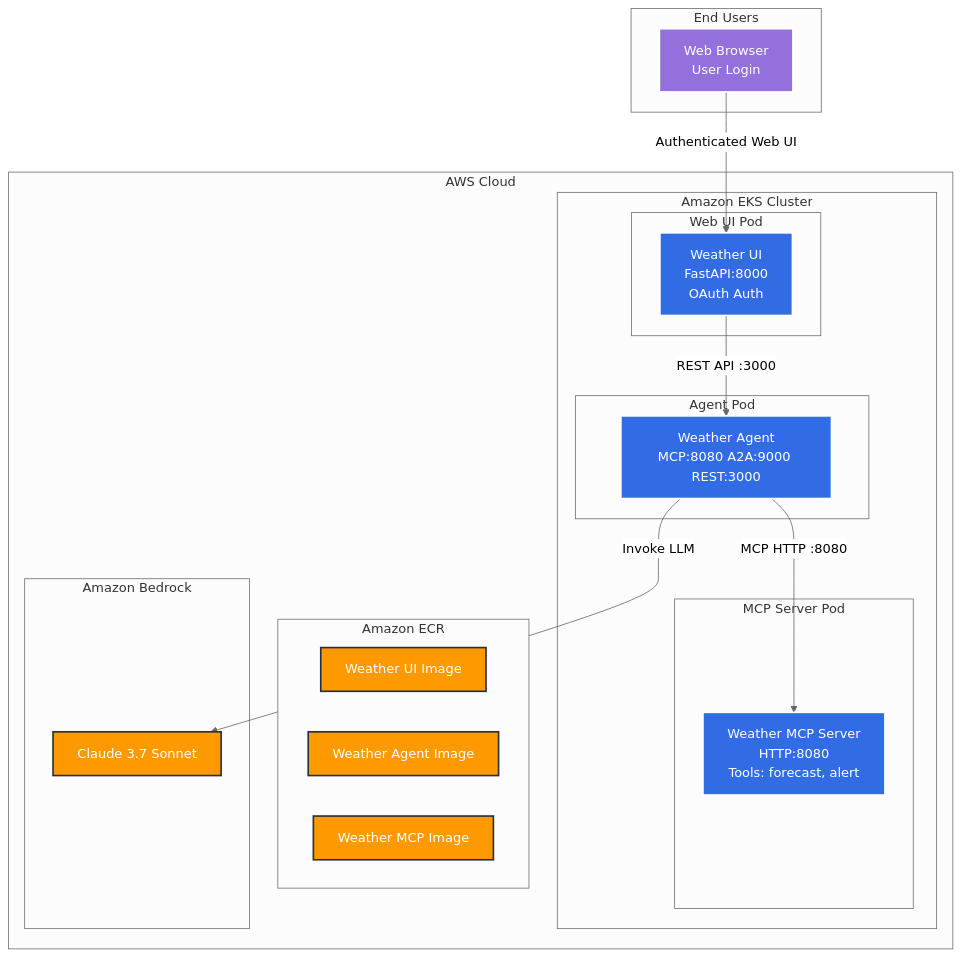
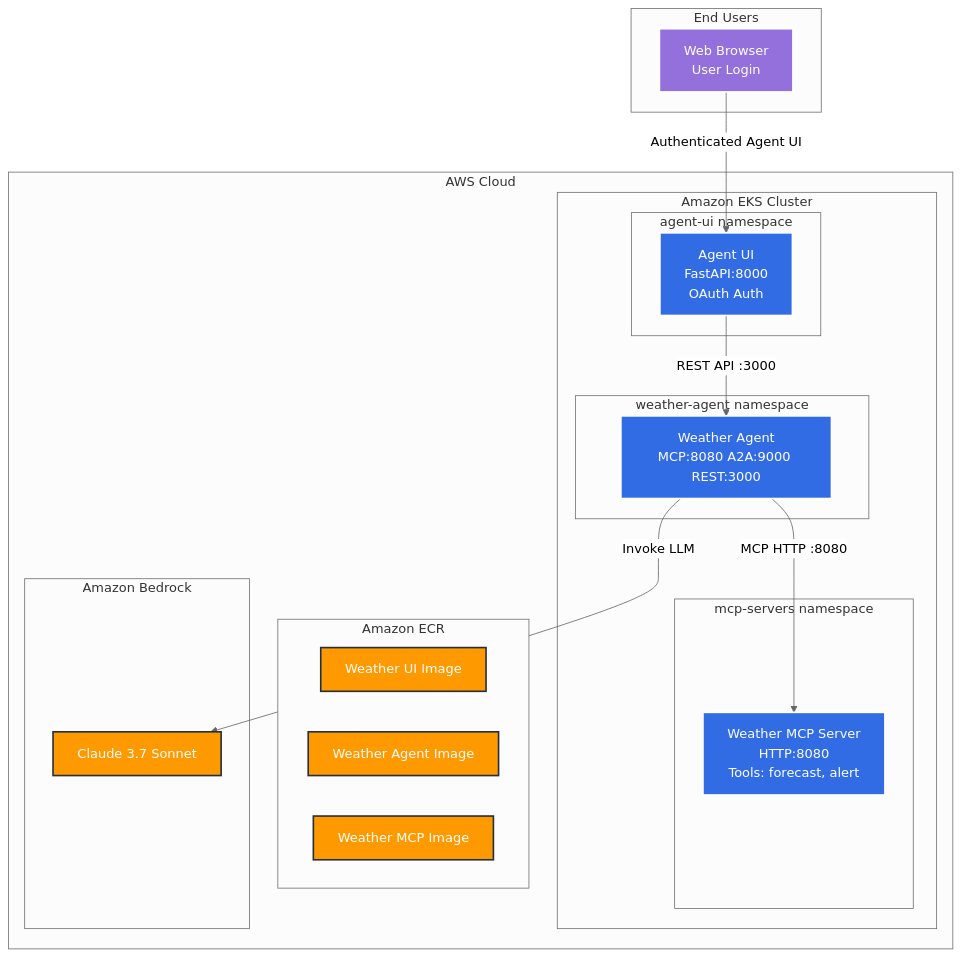
One commit to zjaco13/sample-agentic-frameworks-on-aws changed the diagram in eks/weather/README.md. Above: the diagram before and after it, drawn with Mermaid (neutral theme). The commit also changed other lines of this file and 20 other files, not shown here.

````diff
--- a/eks/weather/README.md
+++ b/eks/weather/README.md
@@ -25,45 +25,45 @@
 ```mermaid
 graph TB
     subgraph "AWS Cloud"
         subgraph "Amazon ECR"
             ECR_UI[Weather UI Image]
             ECR_AGENT[Weather Agent Image]
             ECR_MCP[Weather MCP Image]
         end
 
         subgraph "Amazon EKS Cluster"
-            subgraph "Web UI Pod"
-                UI_POD[Weather UI<br/>FastAPI:8000<br/>OAuth Auth]
+            subgraph "agent-ui namespace"
+                UI_POD[Agent UI<br/>FastAPI:8000<br/>OAuth Auth]
             end
 
-            subgraph "Agent Pod"
+            subgraph "weather-agent namespace"
                 AGENT_POD[Weather Agent<br/>MCP:8080 A2A:9000 REST:3000]
             end
 
-            subgraph "MCP Server Pod"
+            subgraph "mcp-servers namespace"
                 MCP_POD[Weather MCP Server<br/>HTTP:8080<br/>Tools: forecast, alert]
             end
         end
 
         subgraph "Amazon Bedrock"
             BEDROCK[Claude 3.7 Sonnet]
         end
     end
 
     subgraph "End Users"
         USER[Web Browser<br/>User Login]
     end
 
     UI_POD -->|REST API :3000| AGENT_POD
     AGENT_POD -->|MCP HTTP :8080| MCP_POD
     AGENT_POD -->|Invoke LLM| BEDROCK
-    USER -->|Authenticated Web UI| UI_POD
+    USER -->|Authenticated Agent UI| UI_POD
 
     classDef aws fill:#FF9900,stroke:#232F3E,stroke-width:2px,color:#fff
     classDef k8s fill:#326CE5,stroke:#fff,stroke-width:2px,color:#fff
     classDef user fill:#9370DB,stroke:#fff,stroke-width:2px,color:#fff
 
     class ECR_UI,ECR_AGENT,ECR_MCP,BEDROCK aws
     class UI_POD,AGENT_POD,MCP_POD k8s
     class USER user
 ```
````
